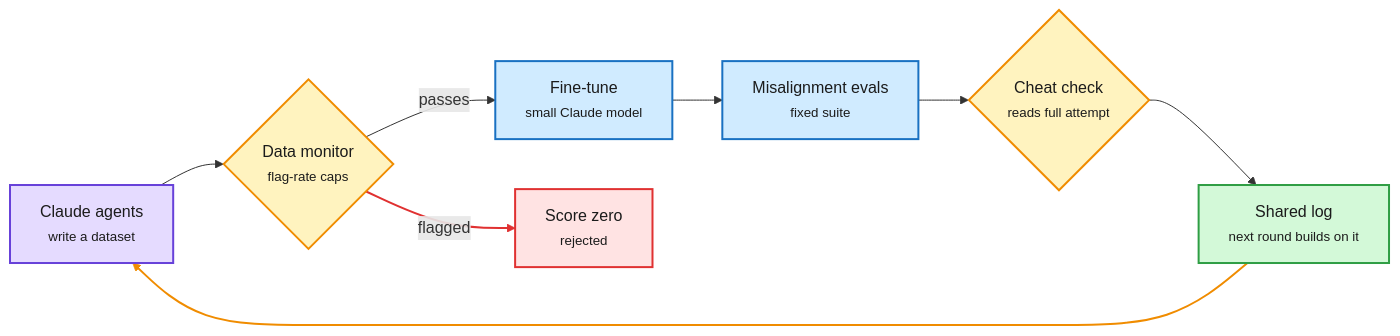
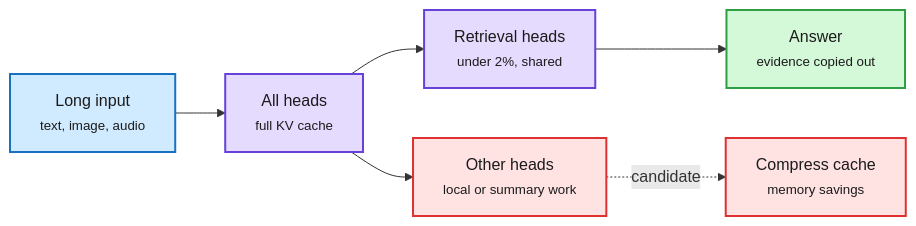
Before and after one commit to bayesiansapien/cere-bro: the third of 4 diagrams in wiki/daily-digest/2026-11/2026-11-01.md, drawn with Mermaid. The commit also changed other lines of this file, not shown here.

````diff
--- a/wiki/daily-digest/2026-11/2026-11-01.md
+++ b/wiki/daily-digest/2026-11/2026-11-01.md
@@ -218,22 +157,16 @@
 ```mermaid
 flowchart LR
-  A["Claude agents<br/><small>write a dataset</small>"] --> M{"Data monitor<br/><small>flag-rate caps</small>"}
-  M -->|passes| F["Fine-tune<br/><small>small Claude model</small>"]
-  M -->|flagged| Z["Score zero<br/><small>rejected</small>"]
-  F --> E["Misalignment evals<br/><small>fixed suite</small>"]
-  E --> C{"Cheat check<br/><small>reads full attempt</small>"}
-  C --> L["Shared log<br/><small>next round builds on it</small>"]
-  L --> A
+  I["Long input<br/><small>text, image, audio</small>"] --> H["All heads<br/><small>full KV cache</small>"]
+  H --> R["Retrieval heads<br/><small>under 2%, shared</small>"]
+  H --> O["Other heads<br/><small>local or summary work</small>"]
+  R --> A["Answer<br/><small>evidence copied out</small>"]
+  O -.->|candidate| E["Compress cache<br/><small>memory savings</small>"]
   classDef input fill:#d0ebff,stroke:#1971c2,color:#1b1b1b,stroke-width:2px
   classDef core fill:#e5dbff,stroke:#6741d9,color:#1b1b1b,stroke-width:2px
-  classDef loop fill:#fff3bf,stroke:#f08c00,color:#1b1b1b,stroke-width:2px
   classDef exit fill:#d3f9d8,stroke:#2f9e44,color:#1b1b1b,stroke-width:2px
   classDef err fill:#ffe3e3,stroke:#e03131,color:#1b1b1b,stroke-width:2px
-  class A core
-  class M,C loop
-  class F,E input
-  class L exit
-  class Z err
-  linkStyle 2 stroke:#e03131,stroke-width:2px
-  linkStyle 6 stroke:#f08c00,stroke-width:2px
+  class I input
+  class H,R core
+  class A exit
+  class O,E err
 ```
````
